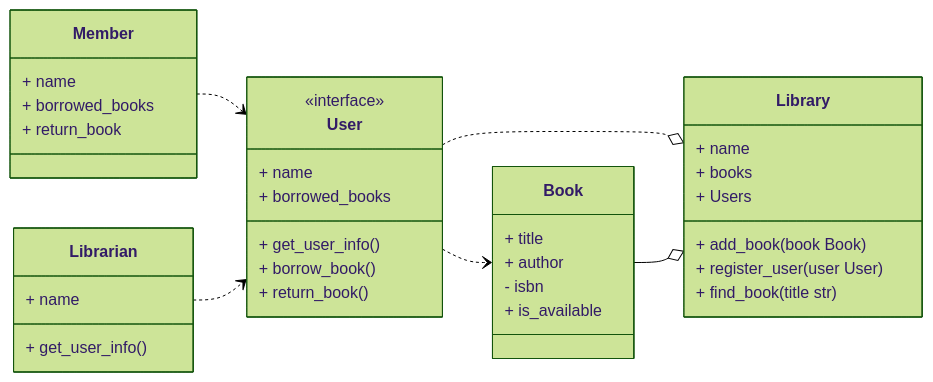
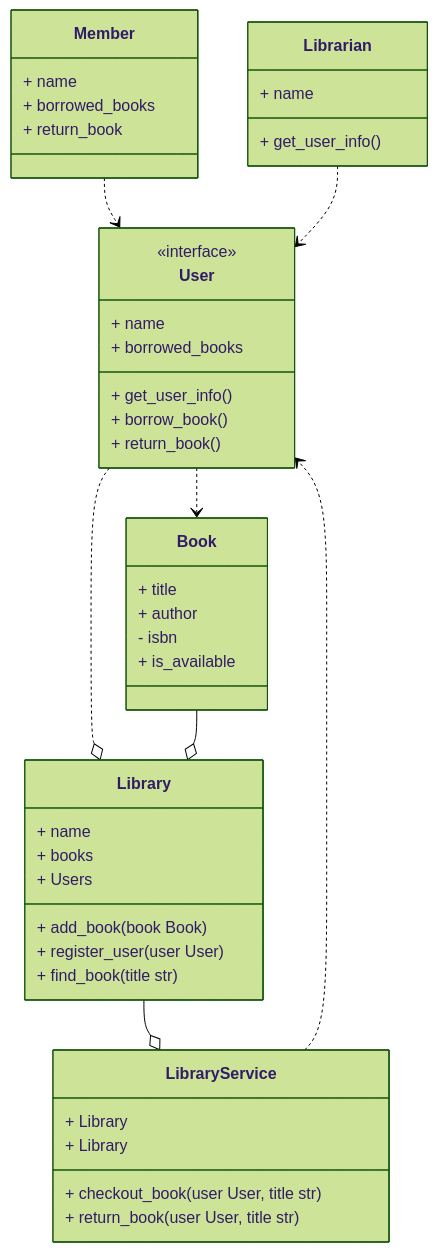
The diagram in test.mmd (MurisKamaa/lms), drawn with Mermaid (forest theme) before and after one commit.

Commit message:
End of this week

```diff
--- a/test.mmd
+++ b/test.mmd
@@ -1,40 +1,53 @@
 classDiagram
-direction LR
+%% direction LR
     class User
     <<interface>> User
         User: + name
         User: + borrowed_books
         User: + get_user_info()
         User: + borrow_book()
         User: + return_book()
 
     class Member
         Member: + name
         Member: + borrowed_books
         Member: + return_book
 
     class Librarian
         Librarian: + name
         Librarian: + get_user_info()
 
     class Library
         Library: + name
         Library: + books
         Library: + Users
 
         Library: + add_book(book Book)
         Library: + register_user(user User)
         Library: + find_book(title str)
 
     class Book
         Book: + title
         Book: + author
         Book: - isbn
         Book: + is_available
 
+    class LibraryService
+        LibraryService: + Library
+        LibraryService: + checkout_book(user User, title str)
+        LibraryService: + return_book(user User, title str)
+        LibraryService: + Library
+
 
     Member ..> User
+
     Librarian ..> User
+
     User ..> Book
     User ..o Library
+
     Book --o Library
+
+    Library --o LibraryService
+
+    LibraryService ..> User
```
